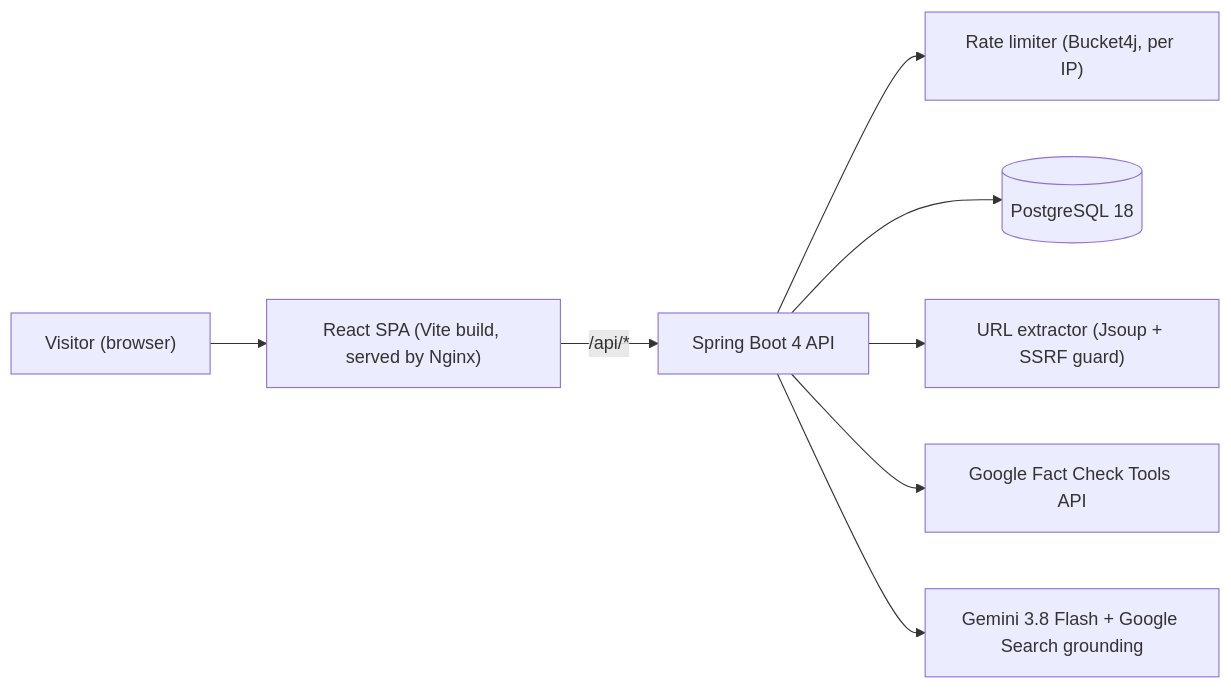
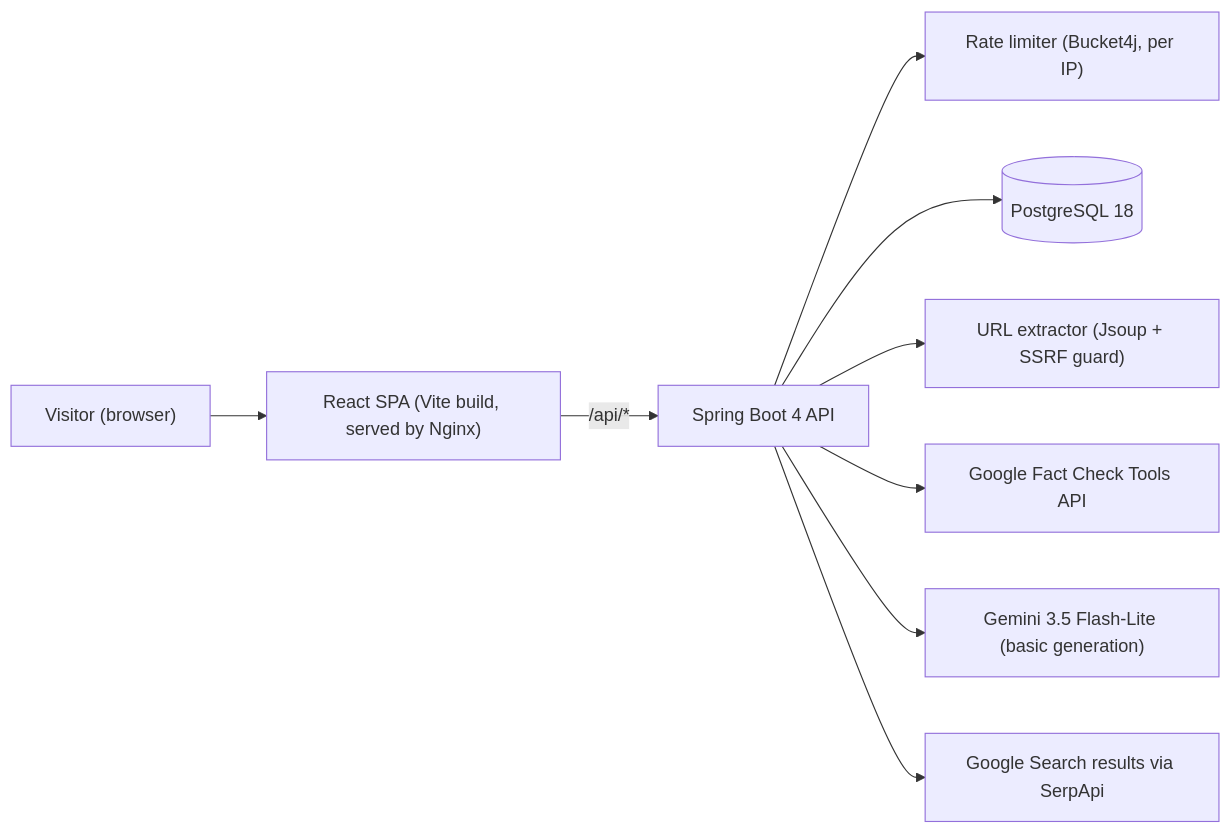
Before and after one commit to kingsmark16/VeryFact: the first of 2 diagrams in docs/ARCHITECTURE.md, drawn with Mermaid. The commit also changed other lines of this file and 57 other files, not shown here.

````diff
--- a/docs/ARCHITECTURE.md
+++ b/docs/ARCHITECTURE.md
@@ -5,10 +5,11 @@
 ```mermaid
 flowchart LR
     U["Visitor (browser)"] --> FE["React SPA (Vite build, served by Nginx)"]
     FE -- "/api/*" --> BE["Spring Boot 4 API"]
     BE --> RL["Rate limiter (Bucket4j, per IP)"]
     BE --> DB[("PostgreSQL 18")]
     BE --> EX["URL extractor (Jsoup + SSRF guard)"]
     BE --> FC["Google Fact Check Tools API"]
-    BE --> GM["Gemini 3.8 Flash + Google Search grounding"]
+    BE --> GM["Gemini 3.5 Flash-Lite (basic generation)"]
+    BE --> GS["Google Search results via SerpApi"]
 ```
````
